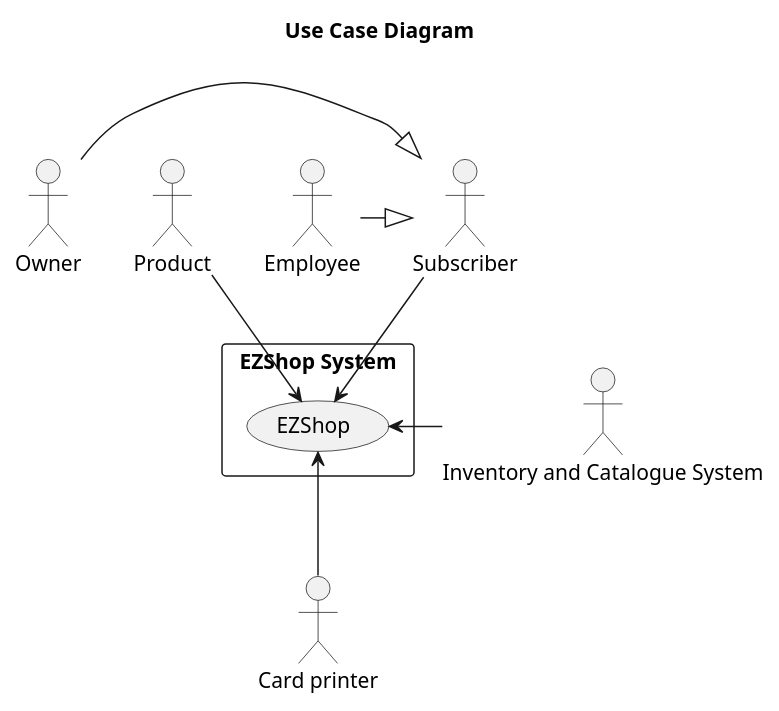
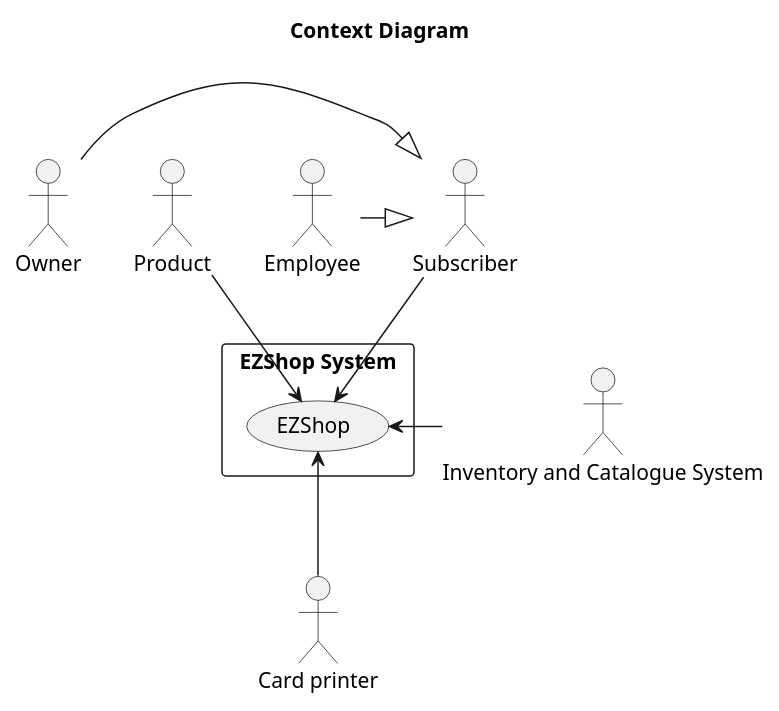
One commit to nicolabattaglino/ezshop changed the first of 3 diagrams in Deliverables/RequirementsDocument.md. Above: the diagram before and after it, drawn with PlantUML. The commit also changed other lines of this file, not shown here.

Commit message:
Update RequirementsDocument.md updated titles

````diff
--- a/Deliverables/RequirementsDocument.md
+++ b/Deliverables/RequirementsDocument.md
@@ -51,29 +51,27 @@
 ```plantuml
 @startuml
 
 
-title Use Case Diagram 
-
-
+title Context Diagram
 
 
 actor Owner
 
 actor Product
 actor Subscriber
 actor Employee
 actor :Card printer: as cardPrinter
 actor :Inventory and Catalogue System: as IandCS
 rectangle "EZShop System" as EZShopSystem{
 (EZShop)
 }
 Subscriber --> EZShop
 Owner -|> Subscriber
 Employee -|>Subscriber
 Product --> EZShop
 EZShop <-- cardPrinter
 IandCS -> EZShop
 
 
 @enduml
 ```
````
